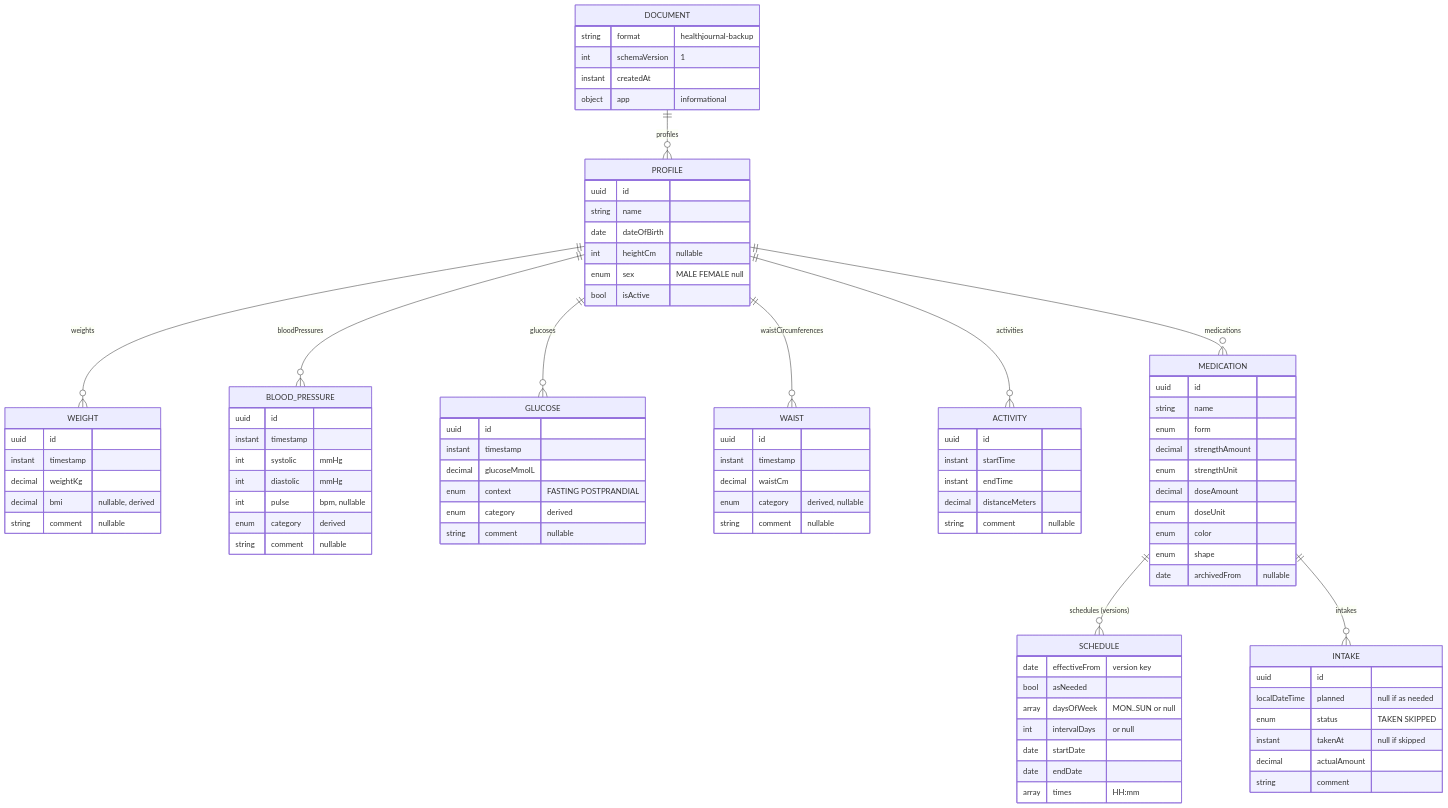
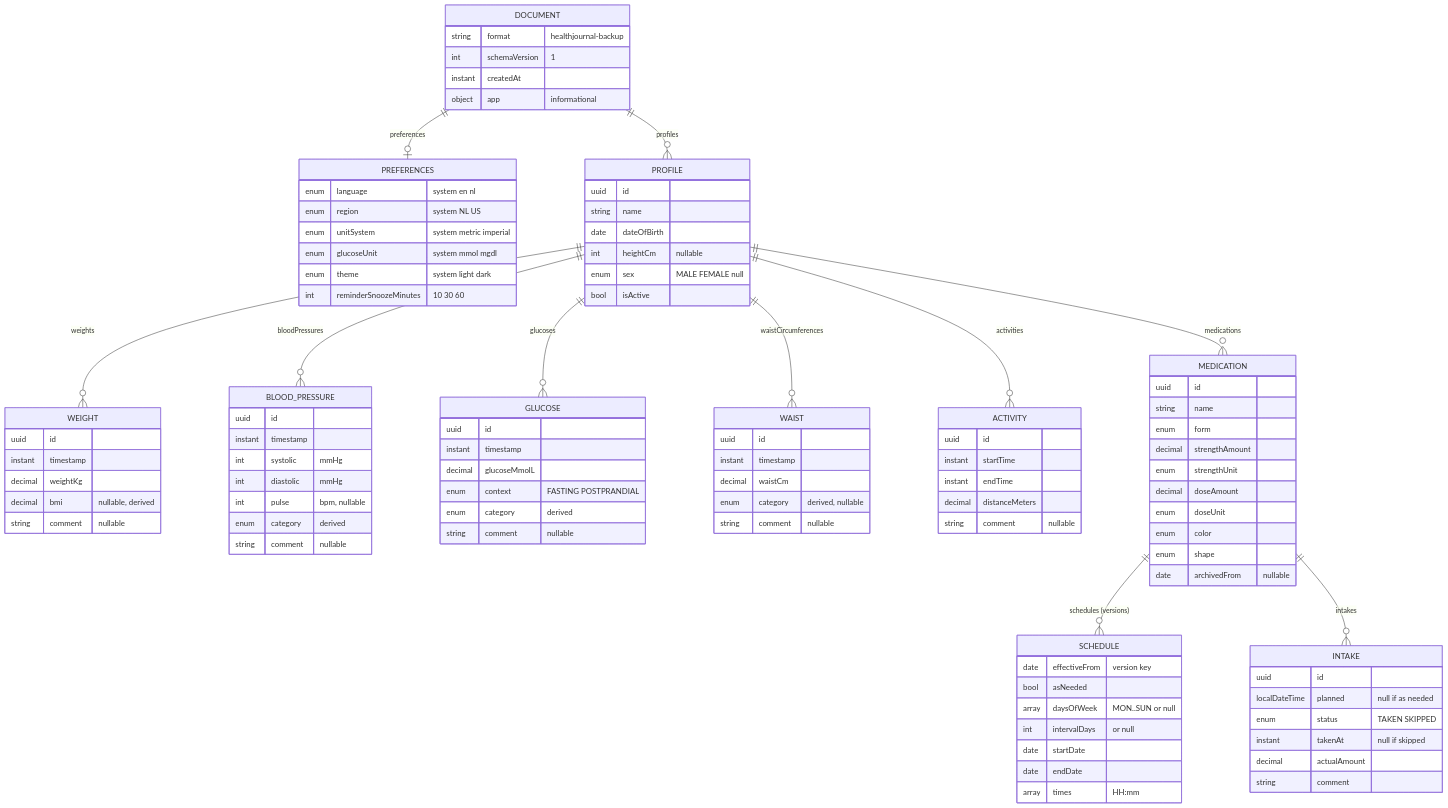
Before and after one commit to mannetje/health_journal: the third of 3 diagrams in docs/backup-format/README.md, drawn with Mermaid. The commit also changed other lines of this file and 8 other files, not shown here.

````diff
--- a/docs/backup-format/README.md
+++ b/docs/backup-format/README.md
@@ -82,5 +82,6 @@
 ```mermaid
 erDiagram
+    DOCUMENT ||--o| PREFERENCES : preferences
     DOCUMENT ||--o{ PROFILE : profiles
     PROFILE ||--o{ WEIGHT : weights
     PROFILE ||--o{ BLOOD_PRESSURE : bloodPressures
@@ -95,6 +96,14 @@
         int schemaVersion "1"
         instant createdAt
         object app "informational"
+    }
+    PREFERENCES {
+        enum language "system en nl"
+        enum region "system NL US"
+        enum unitSystem "system metric imperial"
+        enum glucoseUnit "system mmol mgdl"
+        enum theme "system light dark"
+        int reminderSnoozeMinutes "10 30 60"
     }
     PROFILE {
         uuid id
````
